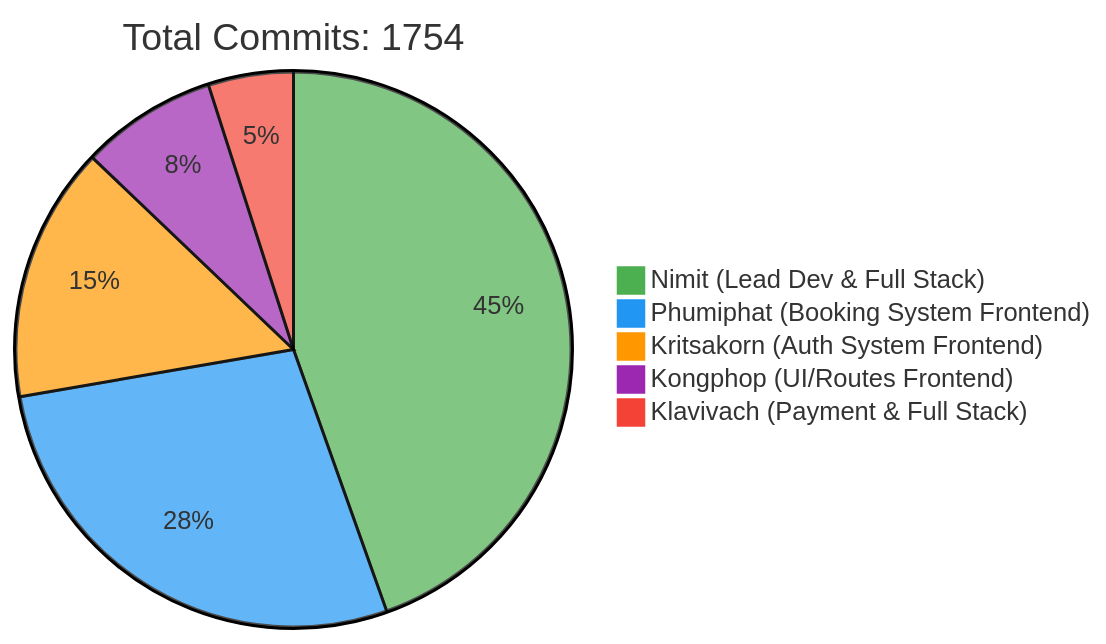
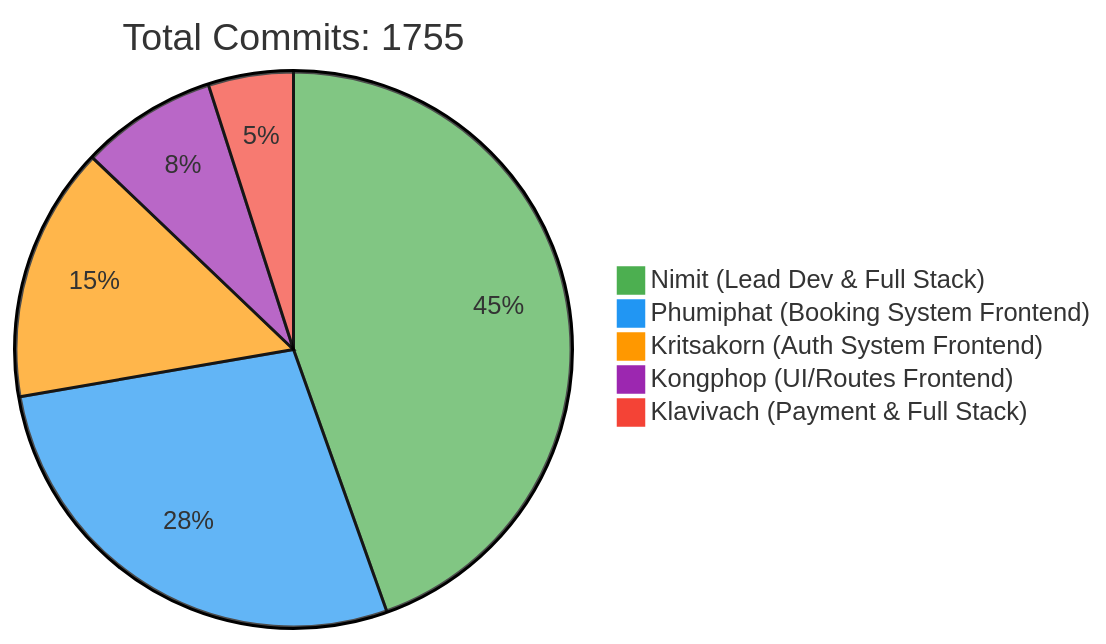
One commit to 6531503042/Sport-Complex changed the first of 2 diagrams in README.md. Above: the diagram before and after it, drawn with Mermaid. The commit also changed other lines of this file, not shown here.

Commit message:
docs: Update contributor statistics [skip ci]

````diff
--- a/README.md
+++ b/README.md
@@ -257,10 +257,10 @@
 ```mermaid
 %%{init: {'theme': 'base', 'themeVariables': { 'pie1': '#4CAF50', 'pie2': '#2196F3', 'pie3': '#FF9800', 'pie4': '#9C27B0', 'pie5': '#F44336'}}}%%
 pie
-    title Total Commits: 1754
+    title Total Commits: 1755
     "Nimit (Lead Dev & Full Stack)" : 450
     "Phumiphat (Booking System Frontend)" : 280
     "Kritsakorn (Auth System Frontend)" : 150
     "Kongphop (UI/Routes Frontend)" : 80
     "Klavivach (Payment & Full Stack)" : 50
 ```
````
